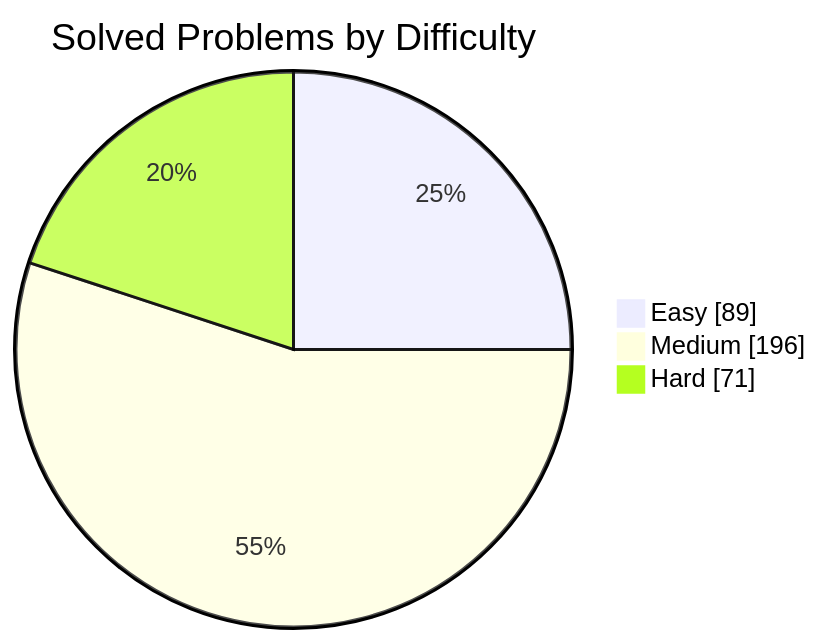
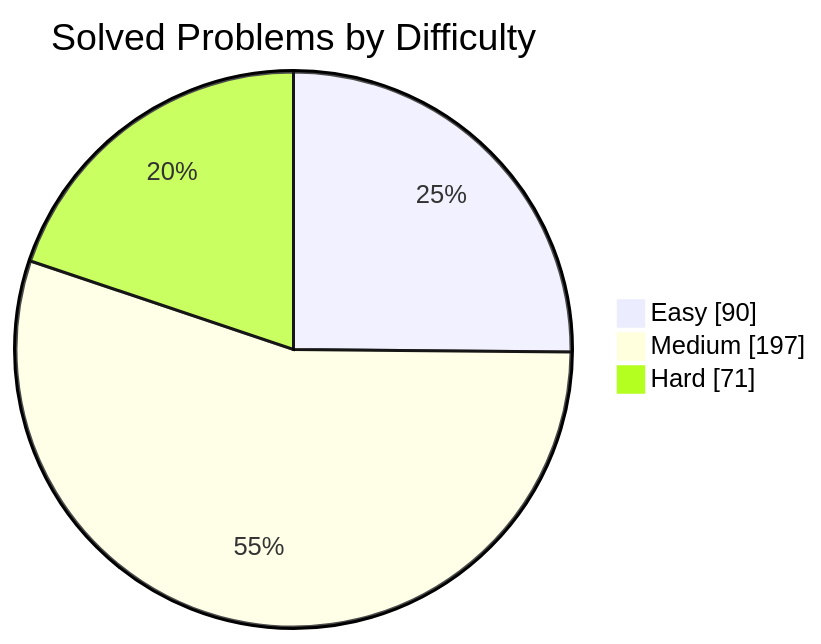
One commit to manikantbindass/DSA-Preparation-FAANG changed the first of 2 diagrams in README.md. Above: the diagram before and after it, drawn with Mermaid. The commit also changed other lines of this file and 1 other file, not shown here.

````diff
--- a/README.md
+++ b/README.md
@@ -77,7 +77,7 @@
 ```mermaid
 pie showData
     title Solved Problems by Difficulty
-    "Easy" : 89
-    "Medium" : 196
+    "Easy" : 90
+    "Medium" : 197
     "Hard" : 71
 ```
````
